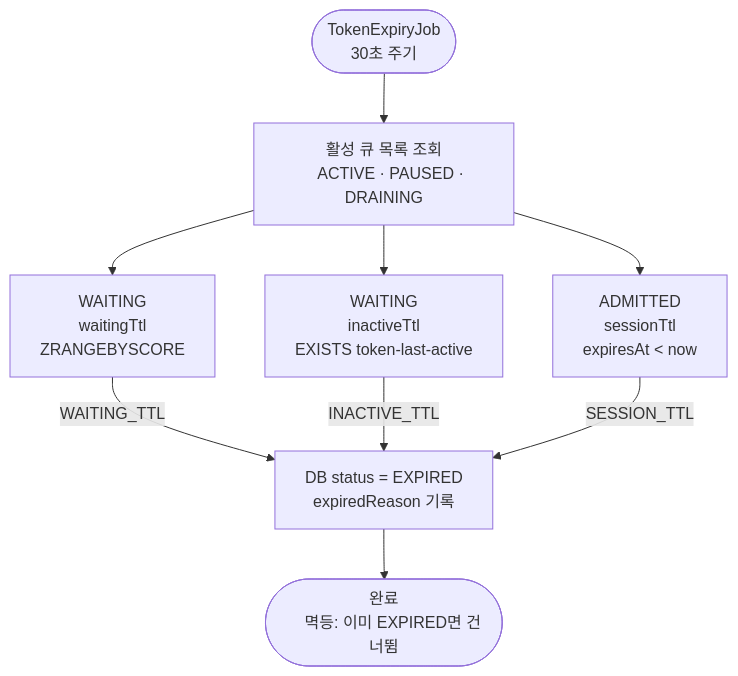
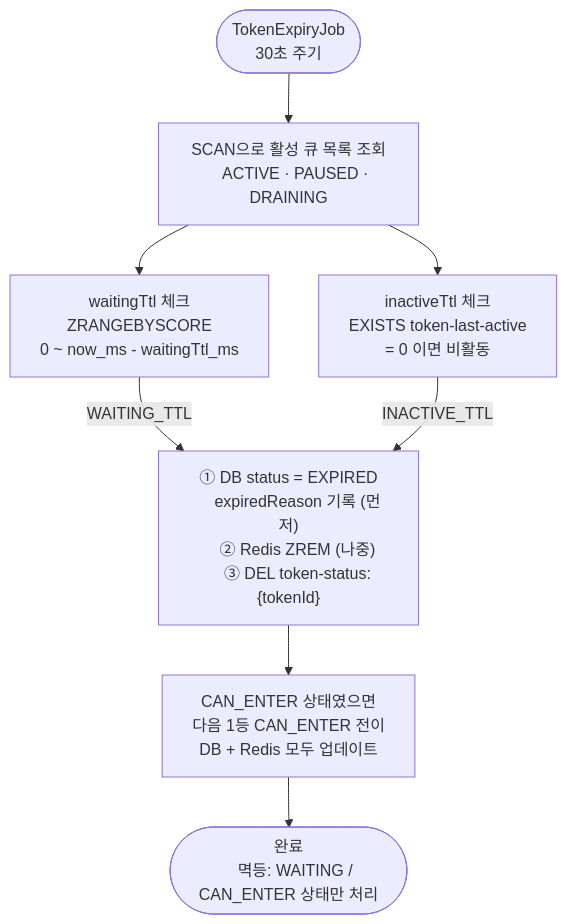
Before and after one commit to S-Onix/queue-platform: the sixth of 8 diagrams in doc/FLOW.md, drawn with Mermaid. The commit also changed other lines of this file and 4 other files, not shown here.

````diff
--- a/doc/FLOW.md
+++ b/doc/FLOW.md
@@ -119,28 +192,29 @@
 ```mermaid
 flowchart TD
     JOB(["TokenExpiryJob
     30초 주기"])
-    --> ALIST["활성 큐 목록 조회
+    --> ALIST["SCAN으로 활성 큐 목록 조회
     ACTIVE · PAUSED · DRAINING"]
 
-    ALIST --> W1 & W2 & W3
+    ALIST --> W1 & W2
 
-    W1["WAITING
-    waitingTtl
-    ZRANGEBYSCORE"]
-    W2["WAITING
-    inactiveTtl
-    EXISTS token-last-active"]
-    W3["ADMITTED
-    sessionTtl
-    expiresAt < now"]
+    W1["waitingTtl 체크
+    ZRANGEBYSCORE
+    0 ~ now_ms - waitingTtl_ms"]
+    W2["inactiveTtl 체크
+    EXISTS token-last-active
+    = 0 이면 비활동"]
 
     W1 -->|"WAITING_TTL"| EXP
     W2 -->|"INACTIVE_TTL"| EXP
-    W3 -->|"SESSION_TTL"| EXP
 
-    EXP["DB status = EXPIRED
-    expiredReason 기록"]
+    EXP["① DB status = EXPIRED
+    expiredReason 기록 (먼저)
+    ② Redis ZREM (나중)
+    ③ DEL token-status:{tokenId}"]
+    --> CE["CAN_ENTER 상태였으면
+    다음 1등 CAN_ENTER 전이
+    DB + Redis 모두 업데이트"]
     --> DONE(["완료
-    멱등: 이미 EXPIRED면 건너뜀"])
+    멱등: WAITING / CAN_ENTER 상태만 처리"])
 ```
````
